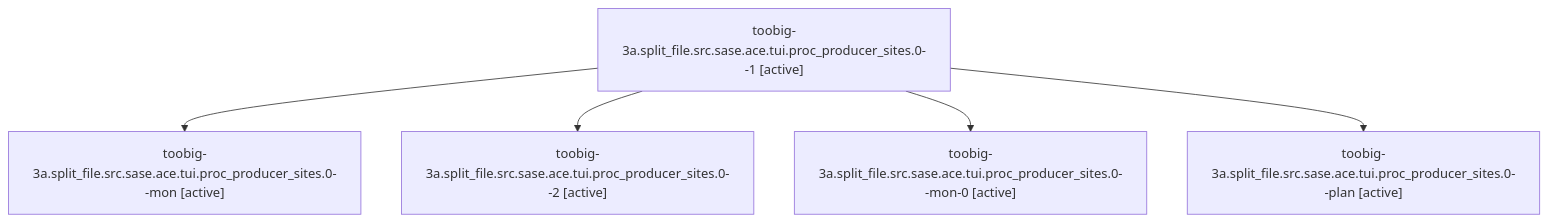
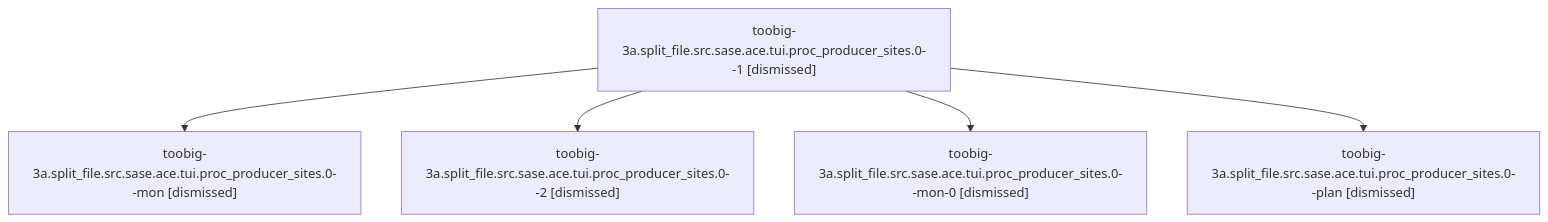
The diagram in sessions/bbugyi200.athena.toobig-3a.split_file.src.sase.ace.tui.proc_producer_sites.0.md (sase-org/sase--agents), drawn with Mermaid before and after one commit. The commit also changed other lines of this file and 88 other files, not shown here.

````diff
--- a/sessions/bbugyi200.athena.toobig-3a.split_file.src.sase.ace.tui.proc_producer_sites.0.md
+++ b/sessions/bbugyi200.athena.toobig-3a.split_file.src.sase.ace.tui.proc_producer_sites.0.md
@@ -9,12 +9,12 @@
 ```mermaid
 flowchart TD
-  n0["toobig-3a.split_file.src.sase.ace.tui.proc_producer_sites.0--1 [active]"]
-  n1["toobig-3a.split_file.src.sase.ace.tui.proc_producer_sites.0--mon [active]"]
+  n0["toobig-3a.split_file.src.sase.ace.tui.proc_producer_sites.0--1 [dismissed]"]
+  n1["toobig-3a.split_file.src.sase.ace.tui.proc_producer_sites.0--mon [dismissed]"]
   n0 --> n1
-  n2["toobig-3a.split_file.src.sase.ace.tui.proc_producer_sites.0--2 [active]"]
+  n2["toobig-3a.split_file.src.sase.ace.tui.proc_producer_sites.0--2 [dismissed]"]
   n0 --> n2
-  n3["toobig-3a.split_file.src.sase.ace.tui.proc_producer_sites.0--mon-0 [active]"]
+  n3["toobig-3a.split_file.src.sase.ace.tui.proc_producer_sites.0--mon-0 [dismissed]"]
   n0 --> n3
-  n4["toobig-3a.split_file.src.sase.ace.tui.proc_producer_sites.0--plan [active]"]
+  n4["toobig-3a.split_file.src.sase.ace.tui.proc_producer_sites.0--plan [dismissed]"]
   n0 --> n4
 ```
````
